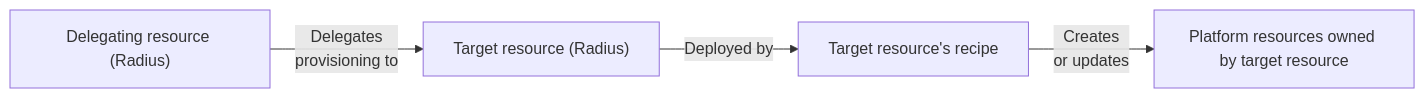
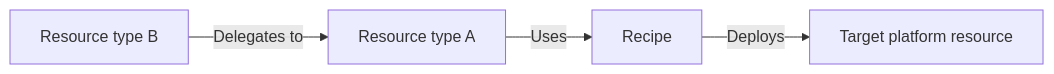
Before and after one commit to radius-project/radius: the diagram in eng/design-notes/extensibility/2026-10-delegated-provisioning-adr.md, drawn with Mermaid. The commit also changed other lines of this file, not shown here.

Commit message:
docs: update delegated provisioning ADR

````diff
--- a/eng/design-notes/extensibility/2026-10-delegated-provisioning-adr.md
+++ b/eng/design-notes/extensibility/2026-10-delegated-provisioning-adr.md
@@ -9,6 +19,6 @@
 ```mermaid
 flowchart LR
-    delegating["Delegating resource (Radius)"] -->|Delegates<br>provisioning to| target["Target resource (Radius)"]
-    target -->|Deployed by| recipe["Target resource's recipe"]
-    recipe -->|Creates<br>or updates| platform["Platform resources owned by target resource"]
+    typeA["Resource type A"] -->|Uses| recipe["Recipe"]
+    typeB["Resource type B"] -->|Delegates to| typeA
+    recipe -->|Deploys| native["Target platform resource"]
 ```
````
